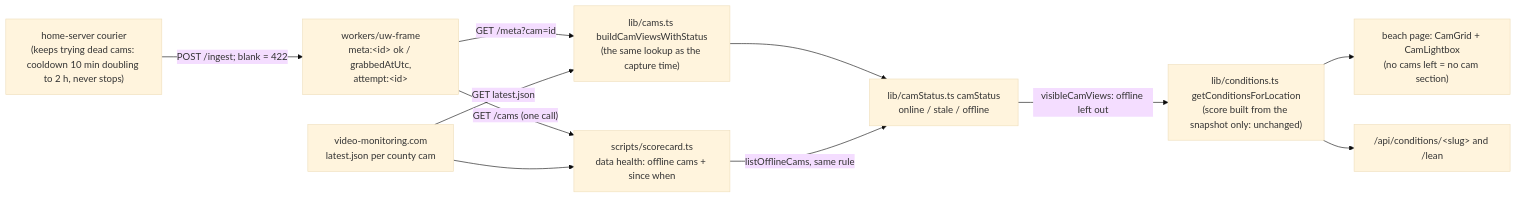
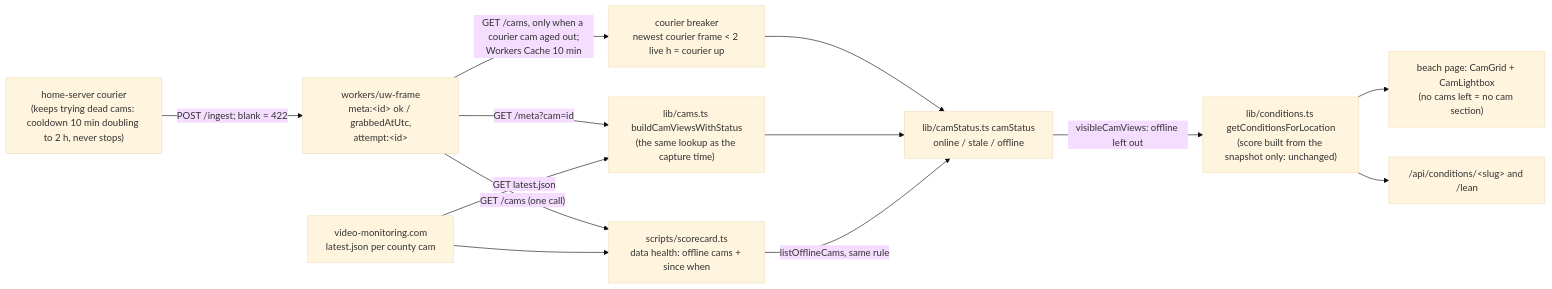
Before and after one commit to jayfrid-bot/bocabeach: the fifth of 7 diagrams in docs/architecture.md, drawn with Mermaid (base theme). The commit also changed other lines of this file and 12 other files, not shown here.

First line of the commit message:
Cam offline rule: Codex review fixes

````diff
--- a/docs/architecture.md
+++ b/docs/architecture.md
@@ -482,14 +497,16 @@
 ```mermaid
 flowchart LR
   COURIER["home-server courier<br/>(keeps trying dead cams: cooldown 10 min doubling to 2 h, never stops)"] -->|"POST /ingest; blank = 422"| UWF["workers/uw-frame<br/>meta:&lt;id&gt; ok / grabbedAtUtc,<br/>attempt:&lt;id&gt;"]
   FEED["video-monitoring.com<br/>latest.json per county cam"]
   UWF -->|"GET /meta?cam=id"| CAMS["lib/cams.ts buildCamViewsWithStatus<br/>(the same lookup as the capture time)"]
+  UWF -->|"GET /cams, only when a courier cam aged out;<br/>Workers Cache 10 min"| BREAKER["courier breaker<br/>newest courier frame &lt; 2 live h = courier up"]
+  BREAKER --> RULE
   FEED -->|"GET latest.json"| CAMS
   CAMS --> RULE["lib/camStatus.ts camStatus<br/>online / stale / offline"]
   RULE -->|"visibleCamViews: offline left out"| COND["lib/conditions.ts getConditionsForLocation<br/>(score built from the snapshot only: unchanged)"]
   COND --> PAGE["beach page: CamGrid + CamLightbox<br/>(no cams left = no cam section)"]
   COND --> API["/api/conditions/&lt;slug&gt; and /lean"]
   UWF -->|"GET /cams (one call)"| SCORE["scripts/scorecard.ts<br/>data health: offline cams + since when"]
   FEED --> SCORE
   SCORE -->|"listOfflineCams, same rule"| RULE
 ```
````
